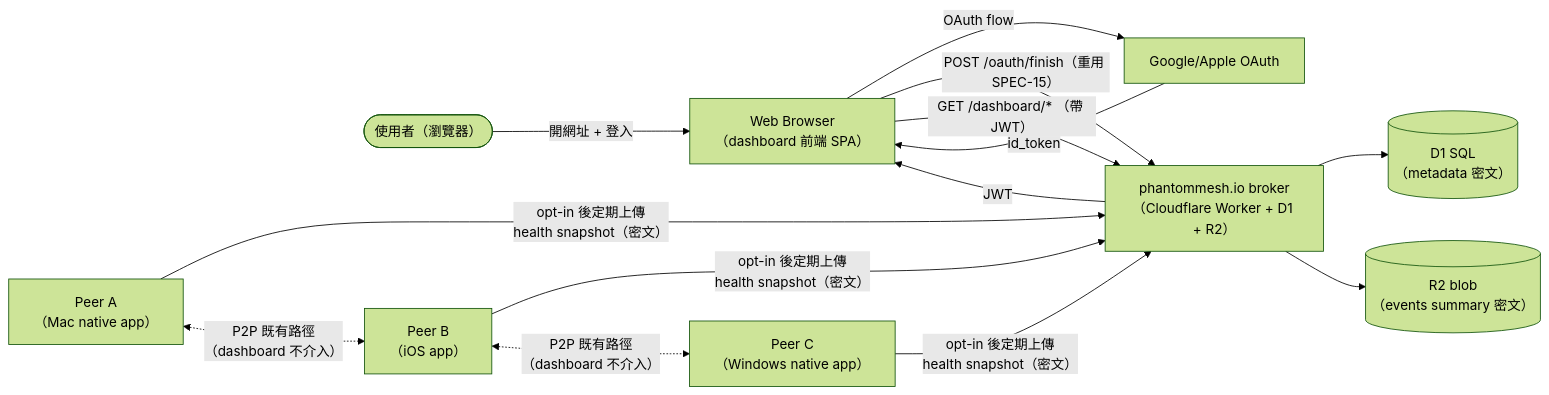
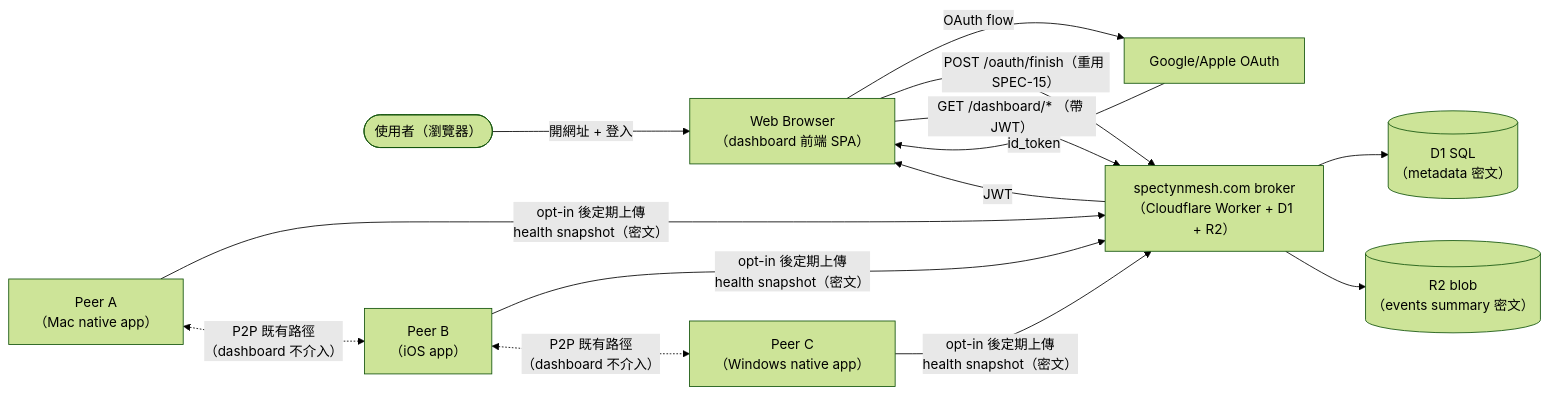
One commit to markl-a/phantom-mesh changed the first of 2 diagrams in docs/spec/history/2026-05-30/deferred/SPEC-70-EXP-web-dashboard.md. Above: the diagram before and after it, drawn with Mermaid (forest theme). The commit also changed other lines of this file and 28 other files, not shown here.

First line of the commit message:
domain: make spectynmesh.com the public face

````diff
--- a/docs/spec/history/2026-05-30/deferred/SPEC-70-EXP-web-dashboard.md
+++ b/docs/spec/history/2026-05-30/deferred/SPEC-70-EXP-web-dashboard.md
@@ -153,26 +153,26 @@
 ```mermaid
 flowchart LR
     User(["使用者（瀏覽器）"])
     Browser["Web Browser<br/>（dashboard 前端 SPA）"]
-    Broker["phantommesh.io broker<br/>（Cloudflare Worker + D1 + R2）"]
+    Broker["spectynmesh.com broker<br/>（Cloudflare Worker + D1 + R2）"]
     D1[("D1 SQL<br/>（metadata 密文）")]
     R2[("R2 blob<br/>（events summary 密文）")]
     PeerA["Peer A<br/>（Mac native app）"]
     PeerB["Peer B<br/>（iOS app）"]
     PeerC["Peer C<br/>（Windows native app）"]
     OAuth["Google/Apple OAuth"]
 
     User -->|"開網址 + 登入"| Browser
     Browser -->|"OAuth flow"| OAuth
     OAuth -->|"id_token"| Browser
     Browser -->|"POST /oauth/finish（重用 SPEC-15）"| Broker
     Broker -->|"JWT"| Browser
     Browser -->|"GET /dashboard/* （帶 JWT）"| Broker
     Broker --> D1
     Broker --> R2
     PeerA -->|"opt-in 後定期上傳<br/>health snapshot（密文）"| Broker
     PeerB -->|"opt-in 後定期上傳<br/>health snapshot（密文）"| Broker
     PeerC -->|"opt-in 後定期上傳<br/>health snapshot（密文）"| Broker
     PeerA <-.->|"P2P 既有路徑<br/>（dashboard 不介入）"| PeerB
     PeerB <-.->|"P2P 既有路徑<br/>（dashboard 不介入）"| PeerC
 ```
````
